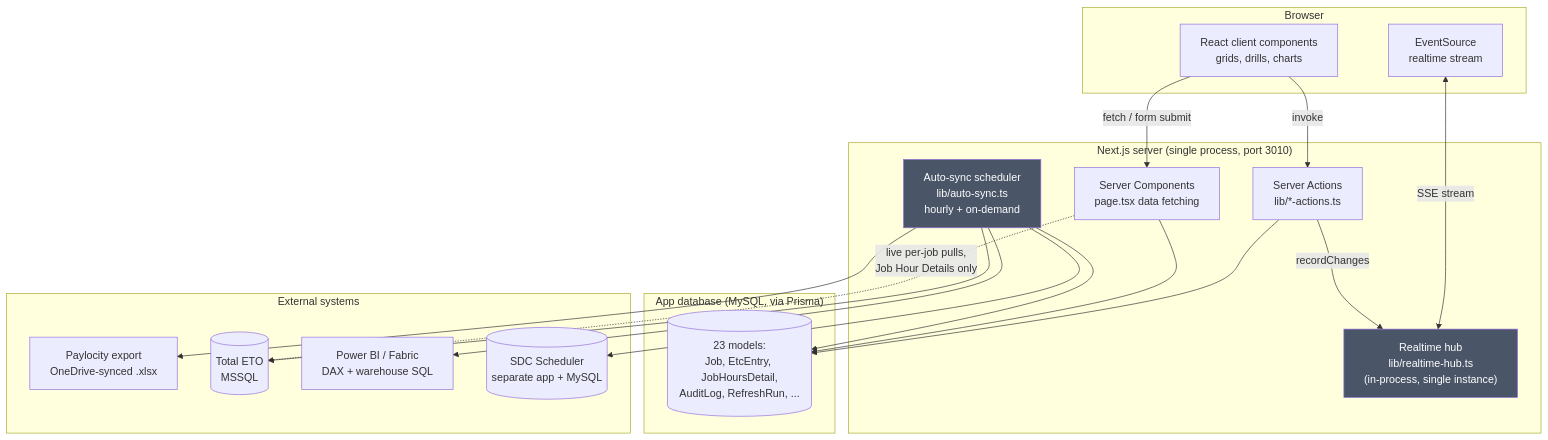
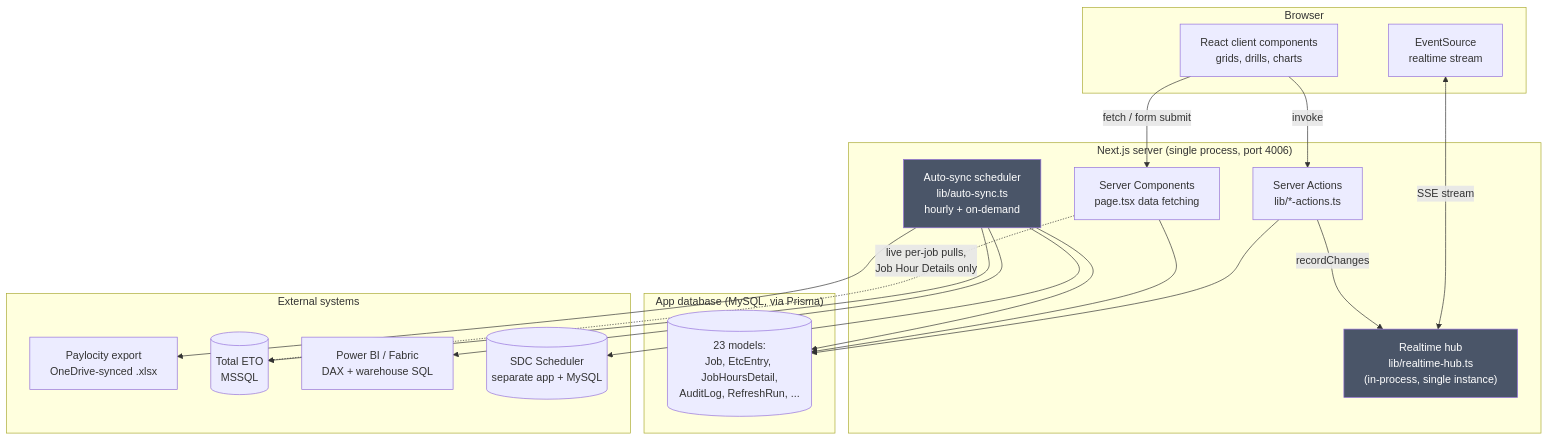
Before and after one commit to abhikamuju36-ui/SDC-Tools: the diagram in docs/ARCHITECTURE.md, drawn with Mermaid. The commit also changed 12 other files, not shown here.

````diff
--- a/docs/ARCHITECTURE.md
+++ b/docs/ARCHITECTURE.md
@@ -16,43 +16,43 @@
 ```mermaid
 flowchart TB
     subgraph Client["Browser"]
         UI[React client components<br/>grids, drills, charts]
         SSE[EventSource<br/>realtime stream]
     end
 
-    subgraph Server["Next.js server (single process, port 3010)"]
+    subgraph Server["Next.js server (single process, port 4006)"]
         RSC[Server Components<br/>page.tsx data fetching]
         Actions["Server Actions<br/>lib/*-actions.ts"]
         Hub["Realtime hub<br/>lib/realtime-hub.ts<br/>(in-process, single instance)"]
         Sync["Auto-sync scheduler<br/>lib/auto-sync.ts<br/>hourly + on-demand"]
     end
 
     subgraph DB["App database (MySQL, via Prisma)"]
         Tables[(23 models:<br/>Job, EtcEntry, JobHoursDetail,<br/>AuditLog, RefreshRun, ...)]
     end
 
     subgraph Upstream["External systems"]
         Paylocity[Paylocity export<br/>OneDrive-synced .xlsx]
         TotalETO[(Total ETO<br/>MSSQL)]
         PowerBI[Power BI / Fabric<br/>DAX + warehouse SQL]
         Scheduler[(SDC Scheduler<br/>separate app + MySQL)]
     end
 
     UI -->|fetch / form submit| RSC
     UI -->|invoke| Actions
     Actions --> Tables
     RSC --> Tables
     SSE <-->|SSE stream| Hub
     Actions -->|recordChanges| Hub
 
     Sync --> Paylocity
     Sync --> TotalETO
     Sync --> PowerBI
     Sync --> Scheduler
     Sync --> Tables
 
     RSC -.->|live per-job pulls,<br/>Job Hour Details only| TotalETO
 
     style Hub fill:#4a5568,color:#fff
     style Sync fill:#4a5568,color:#fff
 ```
````
